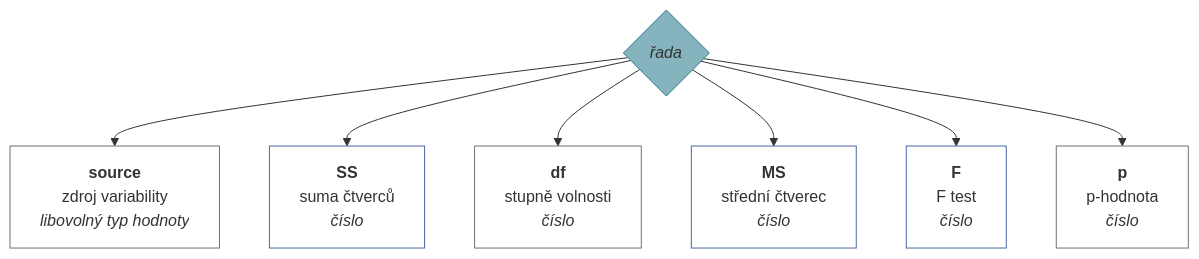
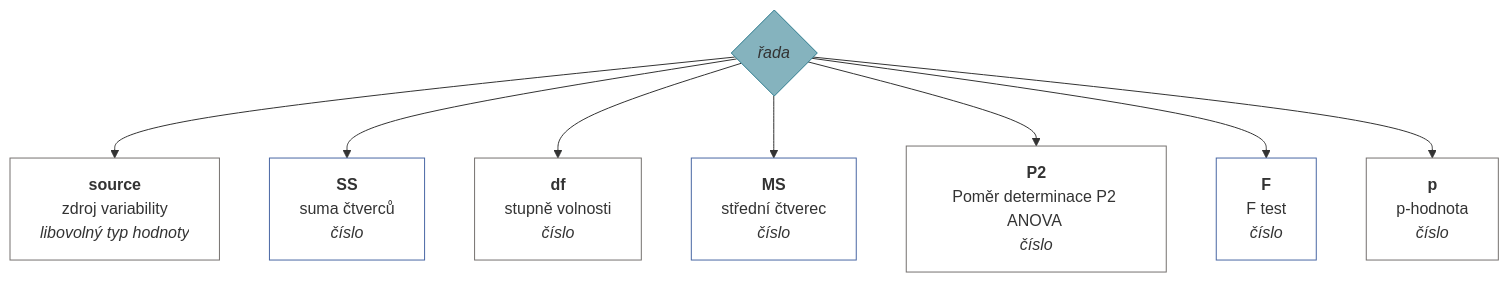
Diagram 35 of 43 in docs/cs-CZ.md (muzikp/retusa), drawn with Mermaid before and after one commit. The commit also changed other lines of this file and 6 other files, not shown here.

````diff
--- a/docs/cs-CZ.md
+++ b/docs/cs-CZ.md
@@ -1362,25 +1334,28 @@
 ```mermaid
 graph TD
 anovatw{<i>řada</i>}
 style anovatw fill:#85B3BE;
 style anovatw stroke:#2E7C8F;
 anovatw --> source[<b>source</b><br>zdroj variability <br><i>libovolný typ hodnoty</i>]
 style source fill:#FFFFFF;
 style source stroke:#75716F;
 anovatw --> SS[<b>SS</b><br>suma čtverců <br><i>číslo</i>]
 style SS fill:#FFFFFF;
 style SS stroke:#4967A4;
 anovatw --> df[<b>df</b><br>stupně volnosti <br><i>číslo</i>]
 style df fill:#FFFFFF;
 style df stroke:#75716F;
 anovatw --> MS[<b>MS</b><br>střední čtverec <br><i>číslo</i>]
 style MS fill:#FFFFFF;
 style MS stroke:#4967A4;
+anovatw --> P2[<b>P2</b><br>Poměr determinace P2 ANOVA <br><i>číslo</i>]
+style P2 fill:#FFFFFF;
+style P2 stroke:#75716F;
 anovatw --> F[<b>F</b><br>F test <br><i>číslo</i>]
 style F fill:#FFFFFF;
 style F stroke:#4967A4;
 anovatw --> p[<b>p</b><br>p-hodnota <br><i>číslo</i>]
 style p fill:#FFFFFF;
 style p stroke:#75716F;
 
 ```
````
